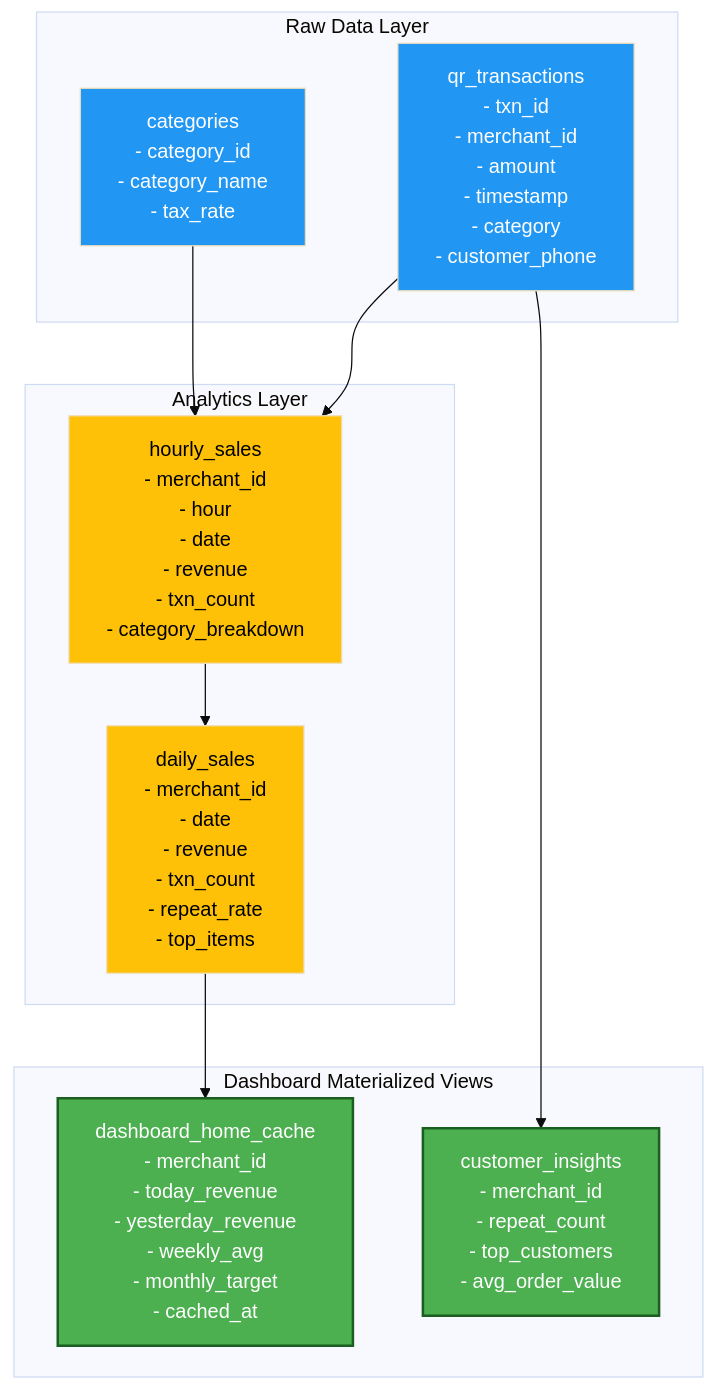
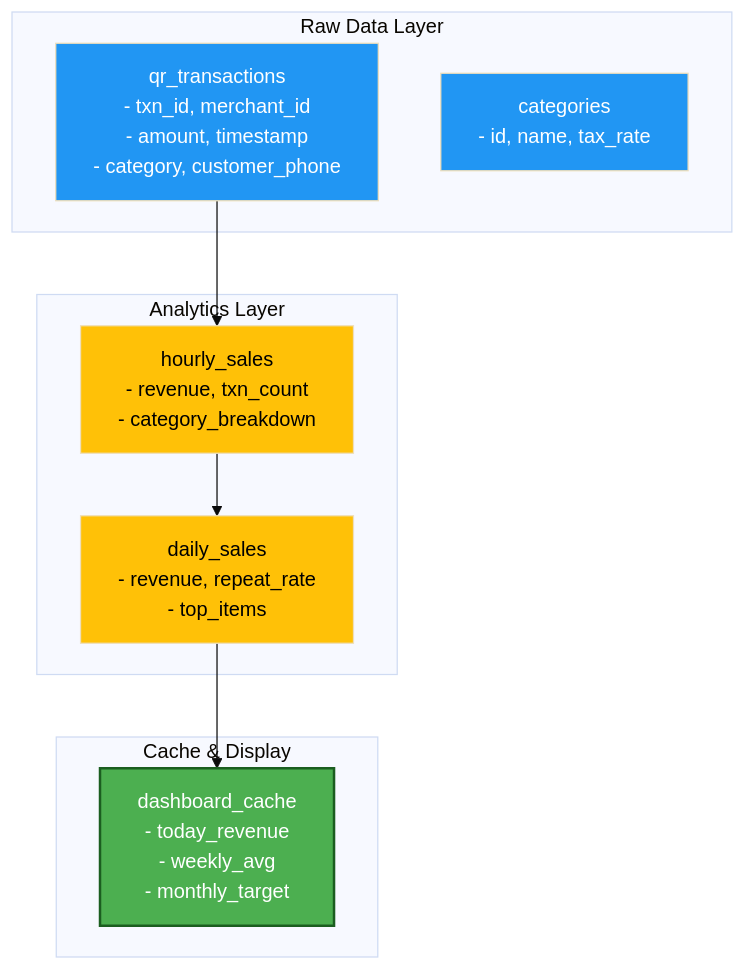
Diagram 14 of 19 in product-areas/sme-merchants-product-design.md (lamtquyen03/momo-product-engineering), drawn with Mermaid (base theme) before and after one commit. The commit also changed other lines of this file, not shown here.

Commit message:
[OPTIMIZE] Condense Section 4 - preserve Mermaid diagrams, remove verbose SQL/examples

````diff
--- a/product-areas/sme-merchants-product-design.md
+++ b/product-areas/sme-merchants-product-design.md
@@ -779,30 +777,26 @@
 ```mermaid
 graph TB
     subgraph "Raw Data Layer"
-        QR_TXN["qr_transactions<br/>- txn_id<br/>- merchant_id<br/>- amount<br/>- timestamp<br/>- category<br/>- customer_phone"]
-        CATEG["categories<br/>- category_id<br/>- category_name<br/>- tax_rate"]
+        QR_TXN["qr_transactions<br/>- txn_id, merchant_id<br/>- amount, timestamp<br/>- category, customer_phone"]
+        CATEG["categories<br/>- id, name, tax_rate"]
     end
 
     subgraph "Analytics Layer"
-        HOURLY["hourly_sales<br/>- merchant_id<br/>- hour<br/>- date<br/>- revenue<br/>- txn_count<br/>- category_breakdown"]
-        DAILY["daily_sales<br/>- merchant_id<br/>- date<br/>- revenue<br/>- txn_count<br/>- repeat_rate<br/>- top_items"]
+        HOURLY["hourly_sales<br/>- revenue, txn_count<br/>- category_breakdown"]
+        DAILY["daily_sales<br/>- revenue, repeat_rate<br/>- top_items"]
     end
 
-    subgraph "Dashboard Materialized Views"
-        DASHBOARD_HOME["dashboard_home_cache<br/>- merchant_id<br/>- today_revenue<br/>- yesterday_revenue<br/>- weekly_avg<br/>- monthly_target<br/>- cached_at"]
-        CUSTOMER_INSIGHTS["customer_insights<br/>- merchant_id<br/>- repeat_count<br/>- top_customers<br/>- avg_order_value"]
+    subgraph "Cache & Display"
+        CACHE["dashboard_cache<br/>- today_revenue<br/>- weekly_avg<br/>- monthly_target"]
     end
 
     QR_TXN --> HOURLY
-    CATEG --> HOURLY
     HOURLY --> DAILY
-    DAILY --> DASHBOARD_HOME
-    QR_TXN --> CUSTOMER_INSIGHTS
+    DAILY --> CACHE
 
     style QR_TXN fill:#2196F3,color:#fff
     style CATEG fill:#2196F3,color:#fff
     style HOURLY fill:#FFC107,color:#000
     style DAILY fill:#FFC107,color:#000
-    style DASHBOARD_HOME fill:#4CAF50,color:#fff,stroke:#1B5E20,stroke-width:2px
-    style CUSTOMER_INSIGHTS fill:#4CAF50,color:#fff,stroke:#1B5E20,stroke-width:2px
+    style CACHE fill:#4CAF50,color:#fff,stroke:#1B5E20,stroke-width:2px
 ```
````
